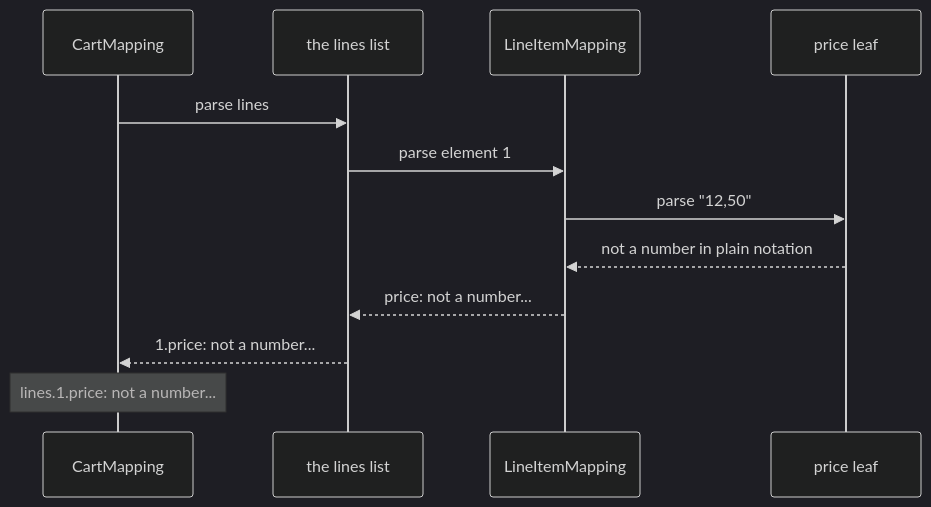
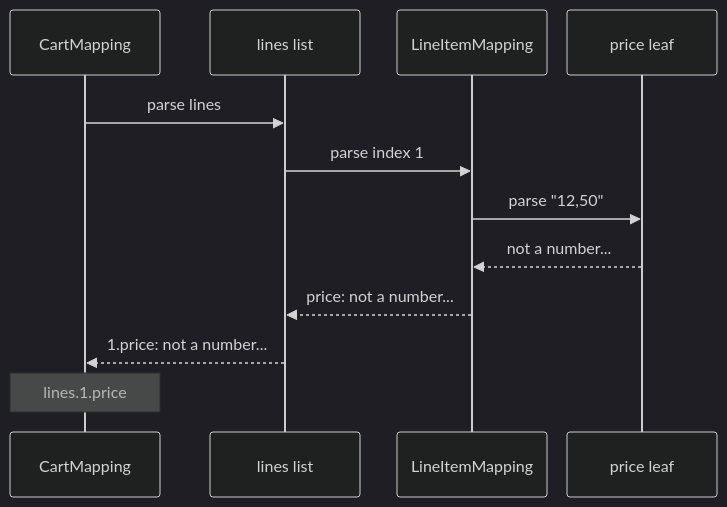
Before and after one commit to higher-kinded-j/higher-kinded-j: the first of 3 diagrams in hkj-book/src/mapping/structure.md, drawn with Mermaid (dark theme). The commit also changed other lines of this file and 7 other files, not shown here.

````diff
--- a/hkj-book/src/mapping/structure.md
+++ b/hkj-book/src/mapping/structure.md
@@ -37,16 +36,17 @@
 ```mermaid
+%%{init: {"sequence": {"actorMargin": 20, "diagramMarginX": 10}}}%%
 sequenceDiagram
     accTitle: How an error path grows outward
     accDescr: The price leaf reports a bare message. LineItemMapping puts price in front of it, the list puts the index 1 in front of that, and CartMapping puts lines in front, so the client reads lines.1.price.
     participant C as CartMapping
-    participant L as the lines list
+    participant L as lines list
     participant I as LineItemMapping
     participant P as price leaf
     C->>L: parse lines
-    L->>I: parse element 1
+    L->>I: parse index 1
     I->>P: parse "12,50"
-    P-->>I: not a number in plain notation
+    P-->>I: not a number...
     I-->>L: price: not a number...
     L-->>C: 1.price: not a number...
-    Note over C: lines.1.price: not a number...
+    Note over C: lines.1.price
 ```
````
